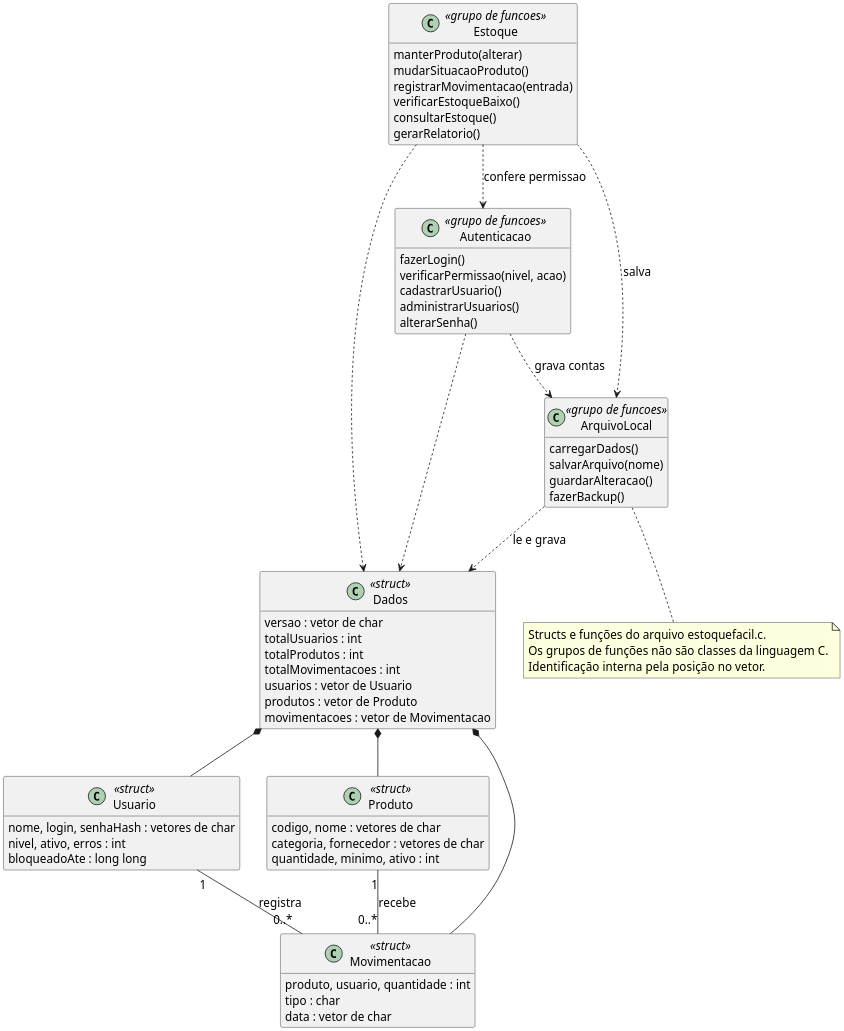
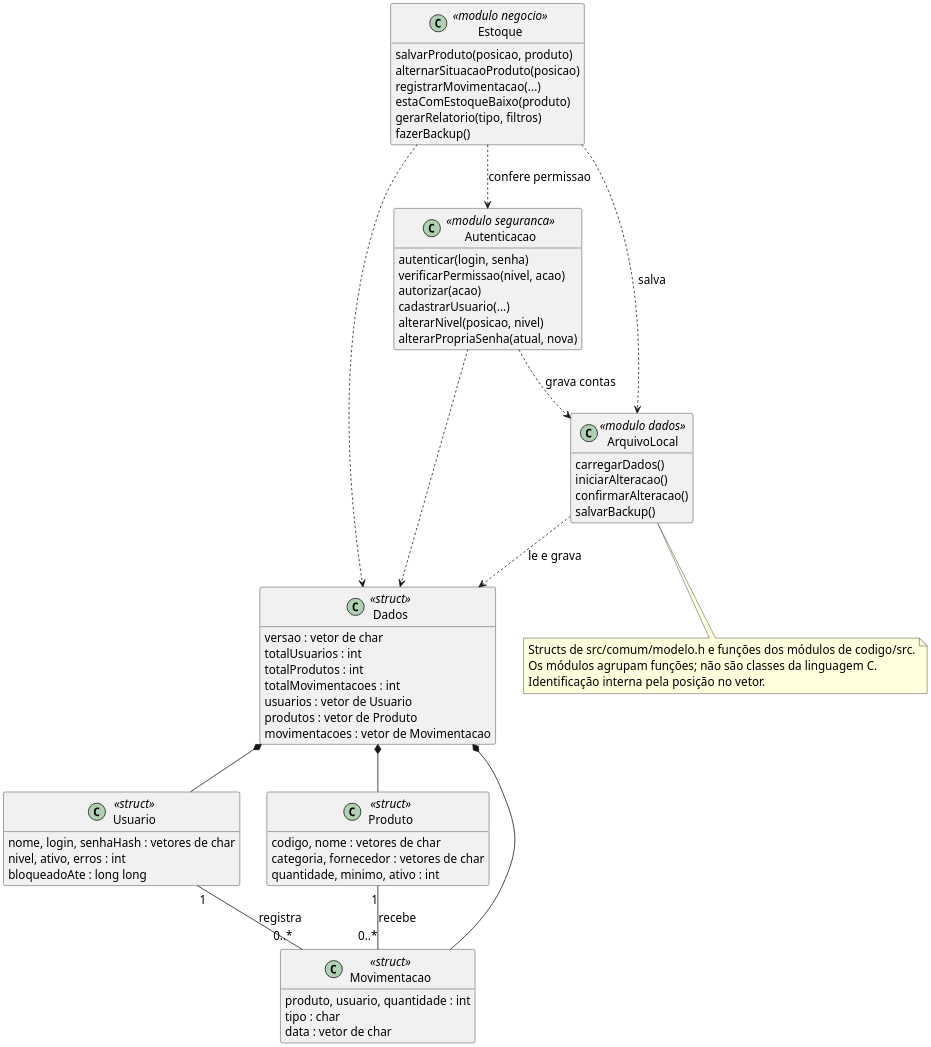
The diagram in diagramas/fontes/03_diagrama_classes.puml (Fontesvini/EstoqueFacil_PIM-II), drawn with PlantUML before and after one commit. The commit also changed 15 other files, not shown here.

```diff
--- a/diagramas/fontes/03_diagrama_classes.puml
+++ b/diagramas/fontes/03_diagrama_classes.puml
@@ -1,69 +1,70 @@
 @startuml
 skinparam backgroundColor white
 skinparam shadowing false
 skinparam defaultFontName Arial
 skinparam defaultFontSize 15
 skinparam dpi 220
 hide empty members
 class Usuario <<struct>> {
   nome, login, senhaHash : vetores de char
   nivel, ativo, erros : int
   bloqueadoAte : long long
 }
 class Produto <<struct>> {
   codigo, nome : vetores de char
   categoria, fornecedor : vetores de char
   quantidade, minimo, ativo : int
 }
 class Movimentacao <<struct>> {
   produto, usuario, quantidade : int
   tipo : char
   data : vetor de char
 }
 class Dados <<struct>> {
   versao : vetor de char
   totalUsuarios : int
   totalProdutos : int
   totalMovimentacoes : int
   usuarios : vetor de Usuario
   produtos : vetor de Produto
   movimentacoes : vetor de Movimentacao
 }
-class Autenticacao <<grupo de funcoes>> {
-  fazerLogin()
+class Autenticacao <<modulo seguranca>> {
+  autenticar(login, senha)
   verificarPermissao(nivel, acao)
-  cadastrarUsuario()
-  administrarUsuarios()
-  alterarSenha()
+  autorizar(acao)
+  cadastrarUsuario(...)
+  alterarNivel(posicao, nivel)
+  alterarPropriaSenha(atual, nova)
 }
-class Estoque <<grupo de funcoes>> {
-  manterProduto(alterar)
-  mudarSituacaoProduto()
-  registrarMovimentacao(entrada)
-  verificarEstoqueBaixo()
-  consultarEstoque()
-  gerarRelatorio()
+class Estoque <<modulo negocio>> {
+  salvarProduto(posicao, produto)
+  alternarSituacaoProduto(posicao)
+  registrarMovimentacao(...)
+  estaComEstoqueBaixo(produto)
+  gerarRelatorio(tipo, filtros)
+  fazerBackup()
 }
-class ArquivoLocal <<grupo de funcoes>> {
+class ArquivoLocal <<modulo dados>> {
   carregarDados()
-  salvarArquivo(nome)
-  guardarAlteracao()
-  fazerBackup()
+  iniciarAlteracao()
+  confirmarAlteracao()
+  salvarBackup()
 }
 Usuario "1" -- "0..*" Movimentacao : registra
 Produto "1" -- "0..*" Movimentacao : recebe
 Dados *-- Usuario
 Dados *-- Produto
 Dados *-- Movimentacao
 Autenticacao ..> Dados
 Autenticacao ..> ArquivoLocal : grava contas
 Estoque ..> Autenticacao : confere permissao
 Estoque ..> Dados
 Estoque ..> ArquivoLocal : salva
 ArquivoLocal ..> Dados : le e grava
 note bottom
-  Structs e funções do arquivo estoquefacil.c.
-  Os grupos de funções não são classes da linguagem C.
+  Structs de src/comum/modelo.h e funções dos módulos de codigo/src.
+  Os módulos agrupam funções; não são classes da linguagem C.
   Identificação interna pela posição no vetor.
 end note
 @enduml
```
